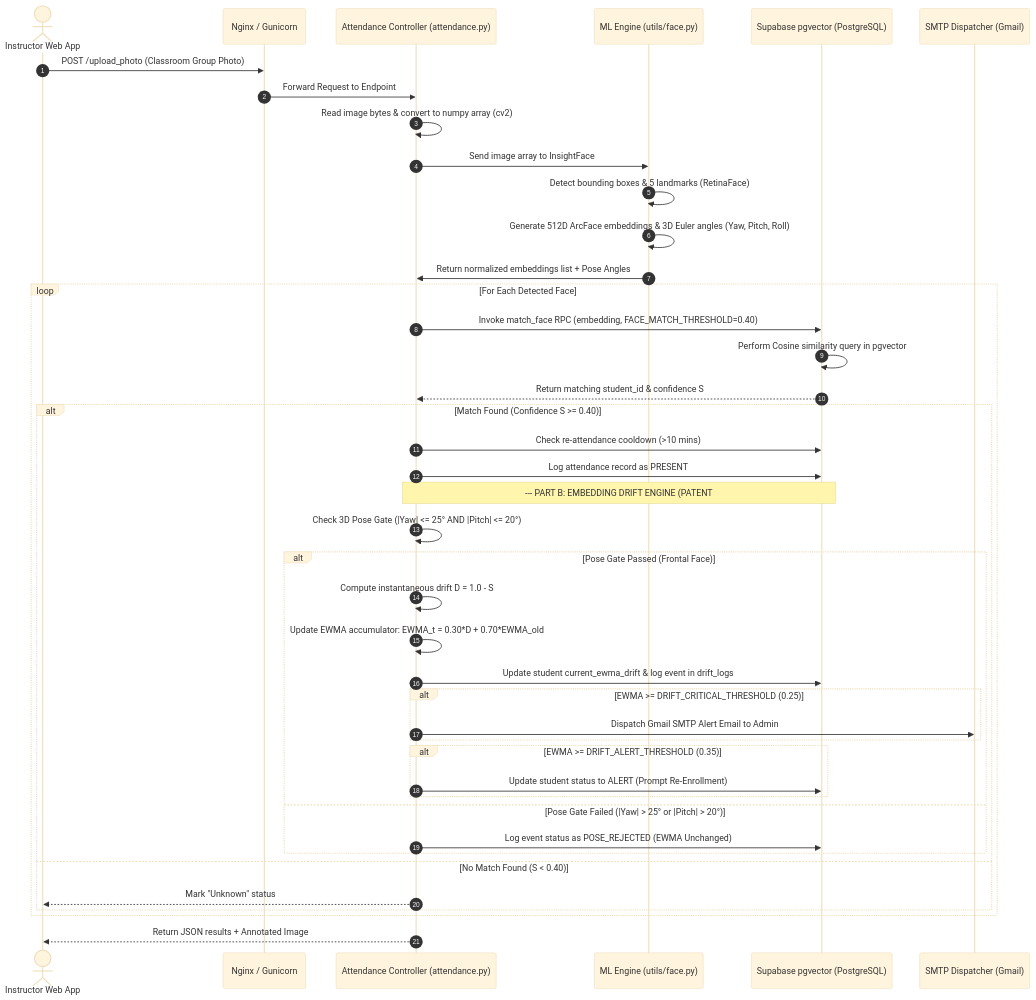
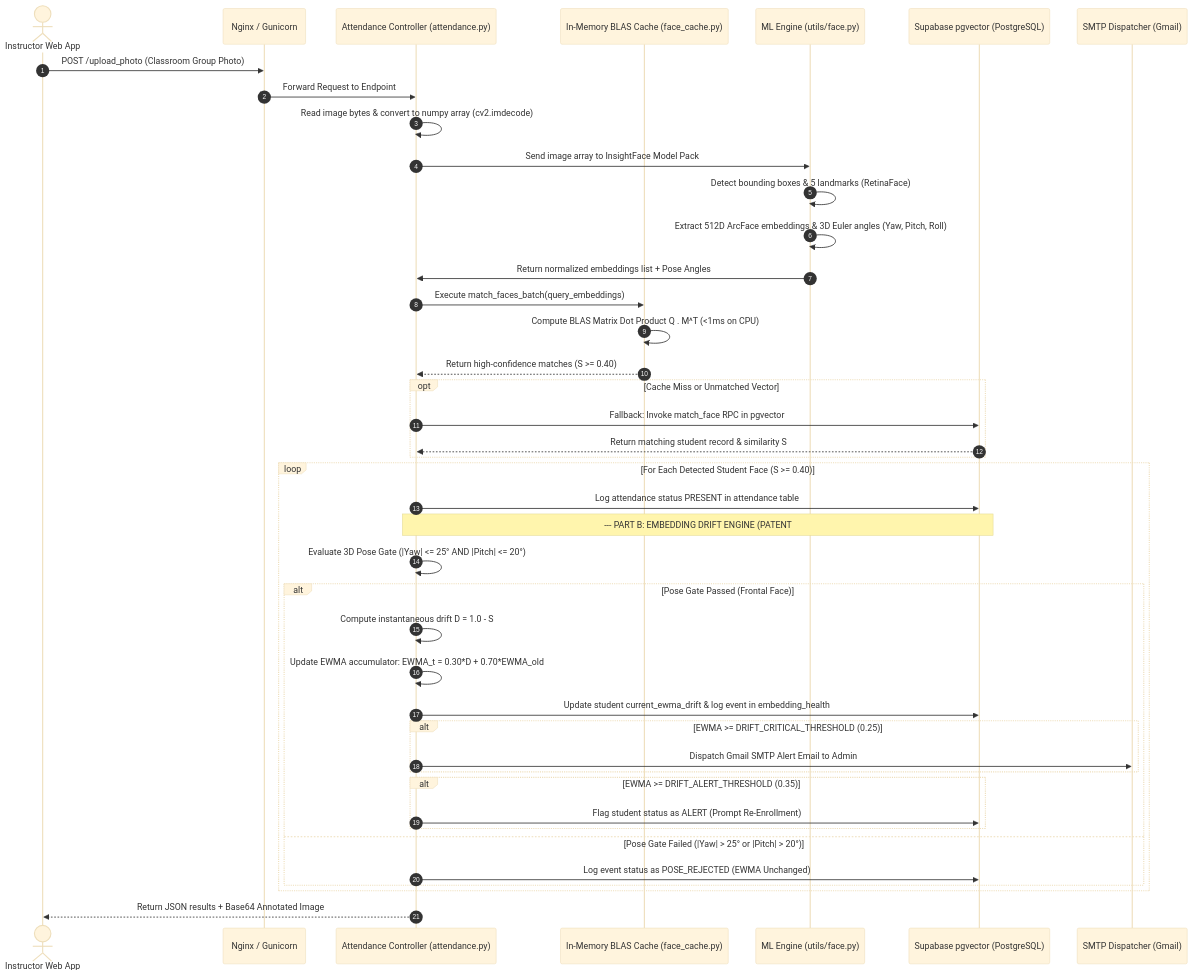
One commit to ArnavPundir22/Face-Attendance-System-Web-Version changed the diagram in docs/architecture.md. Above: the diagram before and after it, drawn with Mermaid (base theme). The commit also changed other lines of this file and 7 other files, not shown here.

Commit message:
docs: update comprehensive project documentation hub and architecture guides

````diff
--- a/docs/architecture.md
+++ b/docs/architecture.md
@@ -51,50 +56,50 @@
 ```mermaid
 sequenceDiagram
     autonumber
     actor Client as Instructor Web App
     participant Proxy as Nginx / Gunicorn
     participant App as Attendance Controller (attendance.py)
+    participant Cache as In-Memory BLAS Cache (face_cache.py)
     participant ML as ML Engine (utils/face.py)
     participant DB as Supabase pgvector (PostgreSQL)
     participant Mail as SMTP Dispatcher (Gmail)
 
     Client->>Proxy: POST /upload_photo (Classroom Group Photo)
     Proxy->>App: Forward Request to Endpoint
-    App->>App: Read image bytes & convert to numpy array (cv2)
-    App->>ML: Send image array to InsightFace
+    App->>App: Read image bytes & convert to numpy array (cv2.imdecode)
+    App->>ML: Send image array to InsightFace Model Pack
     ML->>ML: Detect bounding boxes & 5 landmarks (RetinaFace)
-    ML->>ML: Generate 512D ArcFace embeddings & 3D Euler angles (Yaw, Pitch, Roll)
+    ML->>ML: Extract 512D ArcFace embeddings & 3D Euler angles (Yaw, Pitch, Roll)
     ML->>App: Return normalized embeddings list + Pose Angles
 
-    loop For Each Detected Face
-        App->>DB: Invoke match_face RPC (embedding, FACE_MATCH_THRESHOLD=0.40)
-        DB->>DB: Perform Cosine similarity query in pgvector
-        DB-->>App: Return matching student_id & confidence S
+    App->>Cache: Execute match_faces_batch(query_embeddings)
+    Cache->>Cache: Compute BLAS Matrix Dot Product Q . M^T (<1ms on CPU)
+    Cache-->>App: Return high-confidence matches (S >= 0.40)
 
-        alt Match Found (Confidence S >= 0.40)
-            App->>DB: Check re-attendance cooldown (>10 mins)
-            App->>DB: Log attendance record as PRESENT
+    opt Cache Miss or Unmatched Vector
+        App->>DB: Fallback: Invoke match_face RPC in pgvector
+        DB-->>App: Return matching student record & similarity S
+    end
+
+    loop For Each Detected Student Face (S >= 0.40)
+        App->>DB: Log attendance status PRESENT in attendance table
+        
+        note over App, DB: --- PART B: EMBEDDING DRIFT ENGINE (PATENT #3) ---
+        App->>App: Evaluate 3D Pose Gate (|Yaw| <= 25° AND |Pitch| <= 20°)
+        alt Pose Gate Passed (Frontal Face)
+            App->>App: Compute instantaneous drift D = 1.0 - S
+            App->>App: Update EWMA accumulator: EWMA_t = 0.30*D + 0.70*EWMA_old
+            App->>DB: Update student current_ewma_drift & log event in embedding_health
             
-            note over App, DB: --- PART B: EMBEDDING DRIFT ENGINE (PATENT #3) ---
-            App->>App: Check 3D Pose Gate (|Yaw| <= 25° AND |Pitch| <= 20°)
-            alt Pose Gate Passed (Frontal Face)
-                App->>App: Compute instantaneous drift D = 1.0 - S
-                App->>App: Update EWMA accumulator: EWMA_t = 0.30*D + 0.70*EWMA_old
-                App->>DB: Update student current_ewma_drift & log event in drift_logs
-                
-                alt EWMA >= DRIFT_CRITICAL_THRESHOLD (0.25)
-                    App->>Mail: Dispatch Gmail SMTP Alert Email to Admin
-                end
-                alt EWMA >= DRIFT_ALERT_THRESHOLD (0.35)
-                    App->>DB: Update student status to ALERT (Prompt Re-Enrollment)
-                end
-            else Pose Gate Failed (|Yaw| > 25° or |Pitch| > 20°)
-                App->>DB: Log event status as POSE_REJECTED (EWMA Unchanged)
+            alt EWMA >= DRIFT_CRITICAL_THRESHOLD (0.25)
+                App->>Mail: Dispatch Gmail SMTP Alert Email to Admin
             end
-
-        else No Match Found (S < 0.40)
-            App-->>Client: Mark "Unknown" status
+            alt EWMA >= DRIFT_ALERT_THRESHOLD (0.35)
+                App->>DB: Flag student status as ALERT (Prompt Re-Enrollment)
+            end
+        else Pose Gate Failed (|Yaw| > 25° or |Pitch| > 20°)
+            App->>DB: Log event status as POSE_REJECTED (EWMA Unchanged)
         end
     end
-    App-->>Client: Return JSON results + Annotated Image
+    App-->>Client: Return JSON results + Base64 Annotated Image
 ```
````
